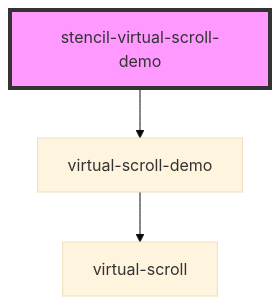
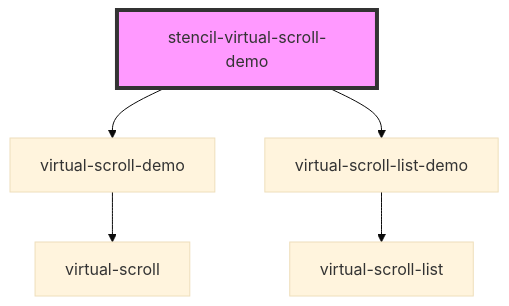
The diagram in src/components/stencil-virtual-scroll-demo/readme.md (beenotung/stencil-virtual-scroll), drawn with Mermaid (base theme) before and after one commit. The commit also changed other lines of this file and 8 other files, not shown here.

Commit message:
implemented virtual-scroll-list

````diff
--- a/src/components/stencil-virtual-scroll-demo/readme.md
+++ b/src/components/stencil-virtual-scroll-demo/readme.md
@@ -15,6 +16,8 @@
 ```mermaid
 graph TD;
   stencil-virtual-scroll-demo --> virtual-scroll-demo
+  stencil-virtual-scroll-demo --> virtual-scroll-list-demo
   virtual-scroll-demo --> virtual-scroll
+  virtual-scroll-list-demo --> virtual-scroll-list
   style stencil-virtual-scroll-demo fill:#f9f,stroke:#333,stroke-width:4px
 ```
````
